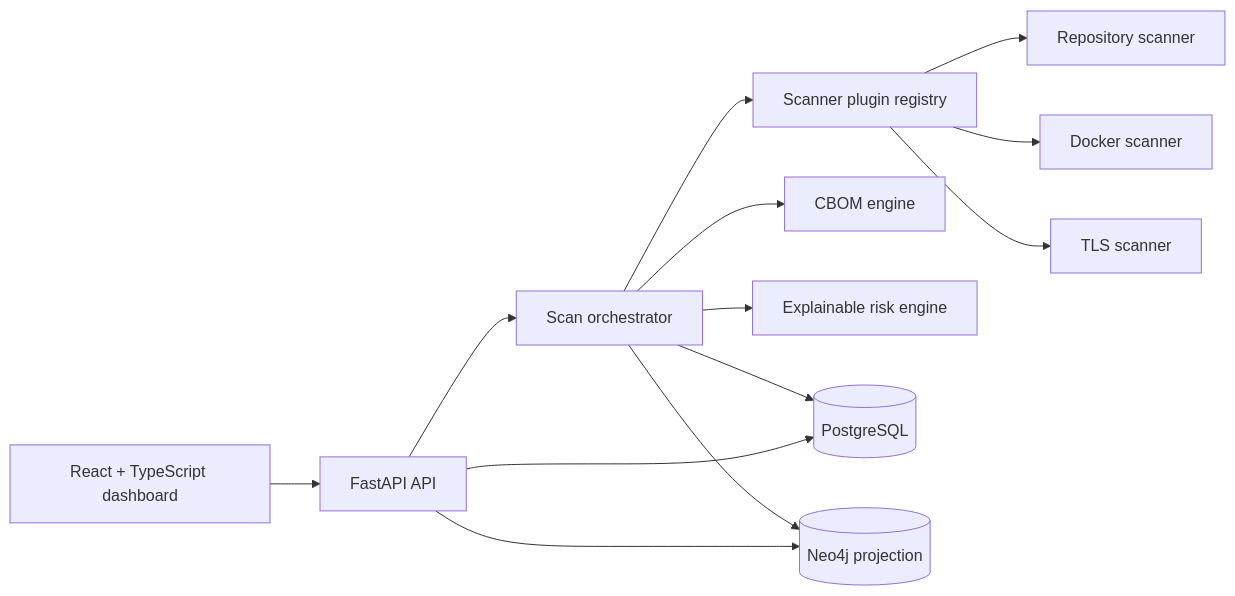
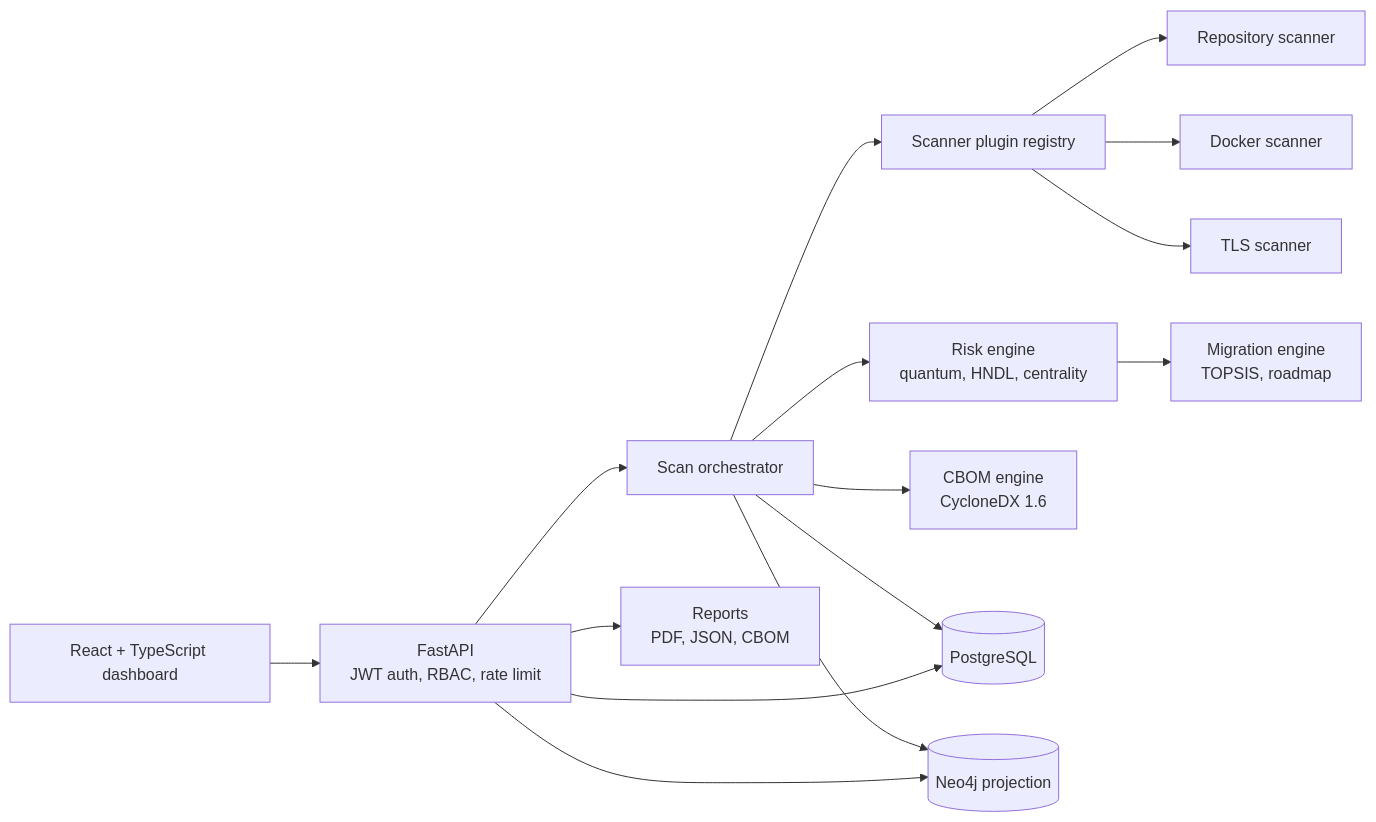
One commit to ROHIT-JR/enterprise-cryptographic-risk-platform changed the second of 2 diagrams in README.md. Above: the diagram before and after it, drawn with Mermaid. The commit also changed other lines of this file and 46 other files, not shown here.

First line of the commit message:
docs: OpenAPI, architecture diagrams, API guide and developer setup (#28) (#65)

````diff
--- a/README.md
+++ b/README.md
@@ -171,15 +171,17 @@
 ```mermaid
 flowchart LR
-    UI[React + TypeScript dashboard] --> API[FastAPI API]
-    API --> ORCH[Scan orchestrator]
-    ORCH --> REG[Scanner plugin registry]
-    REG --> REPO[Repository scanner]
-    REG --> DOCKER[Docker scanner]
-    REG --> TLS[TLS scanner]
-    ORCH --> CBOM[CBOM engine]
-    ORCH --> RISK[Explainable risk engine]
-    ORCH --> PG[(PostgreSQL)]
-    ORCH --> NEO[(Neo4j projection)]
+    UI["React + TypeScript dashboard"] --> API["FastAPI<br/>JWT auth, RBAC, rate limit"]
+    API --> ORCH["Scan orchestrator"]
+    ORCH --> REG["Scanner plugin registry"]
+    REG --> REPO["Repository scanner"]
+    REG --> DOCKER["Docker scanner"]
+    REG --> TLS["TLS scanner"]
+    ORCH --> RISK["Risk engine<br/>quantum, HNDL, centrality"]
+    RISK --> MIG["Migration engine<br/>TOPSIS, roadmap"]
+    ORCH --> CBOM["CBOM engine<br/>CycloneDX 1.6"]
+    API --> REPORTS["Reports<br/>PDF, JSON, CBOM"]
+    ORCH --> PG[("PostgreSQL")]
+    ORCH --> NEO[("Neo4j projection")]
     API --> PG
     API --> NEO
 ```
````
